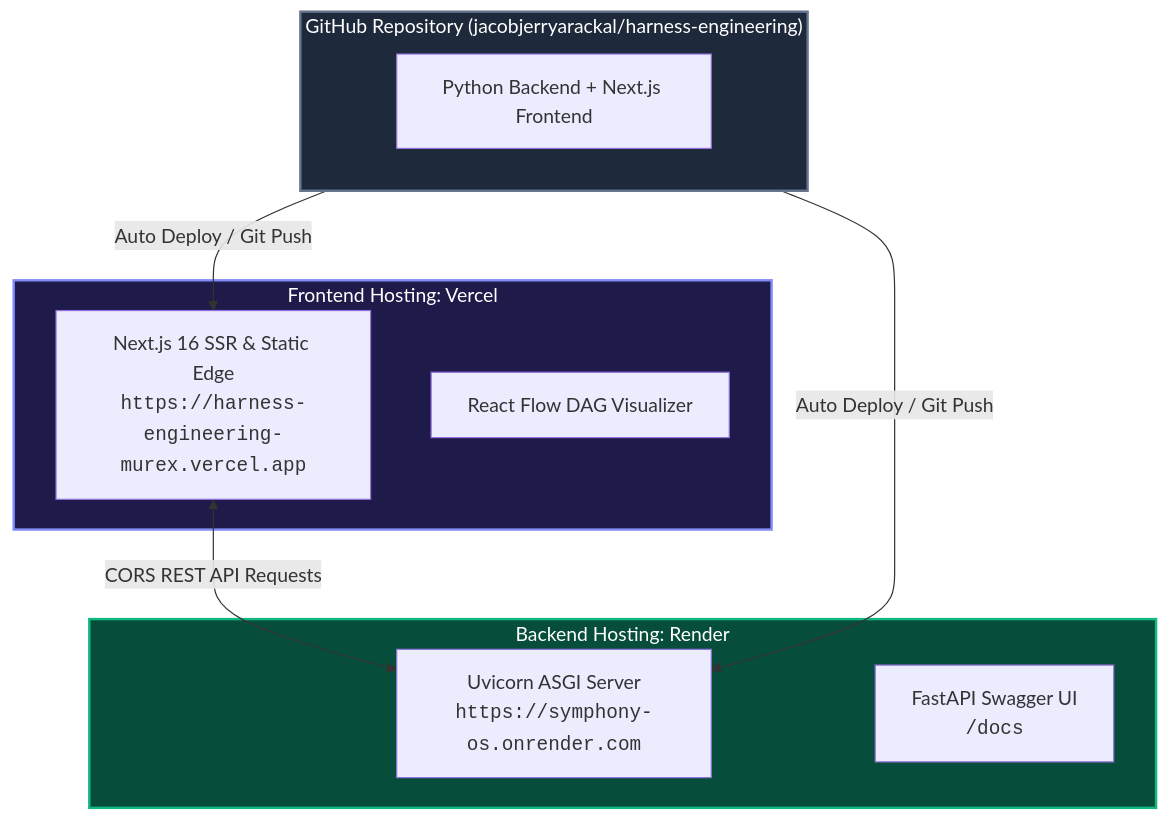
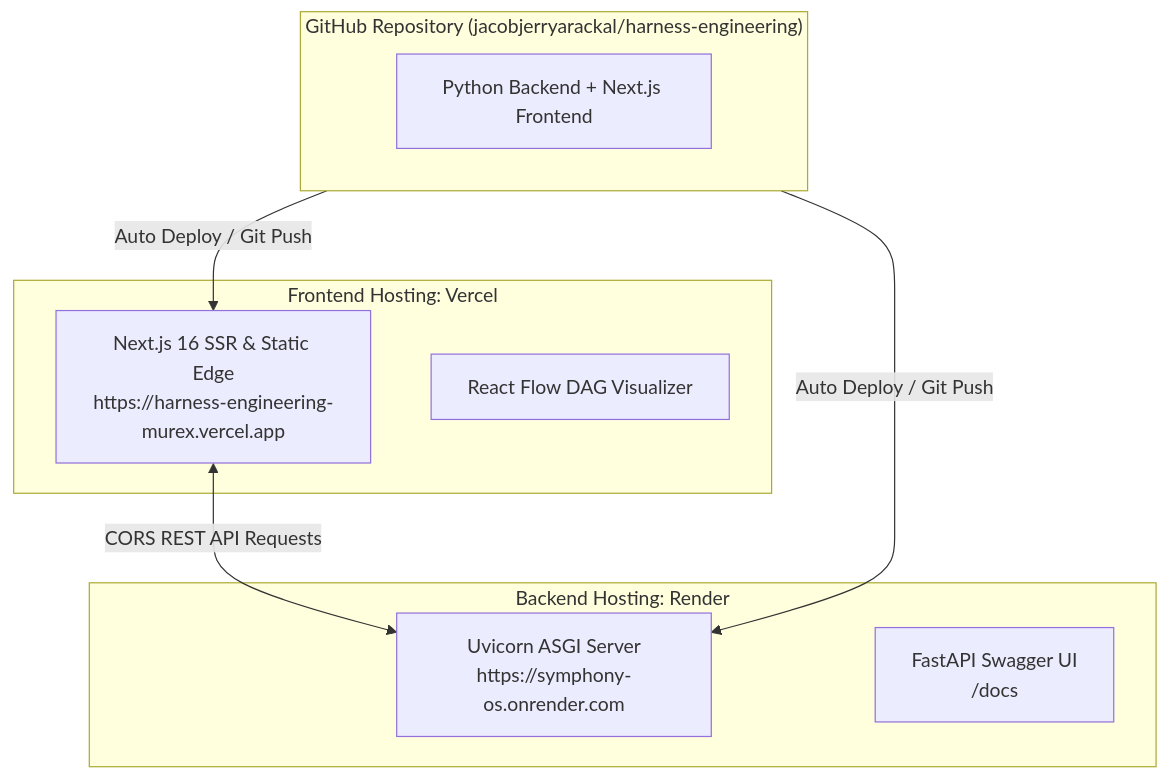
One commit to jacobjerryarackal/harness-engineering changed diagram 13 of 16 in README.md. Above: the diagram before and after it, drawn with Mermaid. The commit also changed other lines of this file, not shown here.

Commit message:
docs: clean up Mermaid diagrams by removing styling and replace HLD diagram with static image link

````diff
--- a/README.md
+++ b/README.md
@@ -785,24 +588,20 @@
 ```mermaid
 flowchart TD
     subgraph Source["GitHub Repository (jacobjerryarackal/harness-engineering)"]
         Code["Python Backend + Next.js Frontend"]
     end
 
     subgraph DeployBackend["Backend Hosting: Render"]
-        Render["Uvicorn ASGI Server<br/><code>https://symphony-os.onrender.com</code>"]
-        Swagger["FastAPI Swagger UI<br/><code>/docs</code>"]
+        Render["Uvicorn ASGI Server<br/>https://symphony-os.onrender.com"]
+        Swagger["FastAPI Swagger UI<br/>/docs"]
     end
 
     subgraph DeployFrontend["Frontend Hosting: Vercel"]
-        Vercel["Next.js 16 SSR & Static Edge<br/><code>https://harness-engineering-murex.vercel.app</code>"]
+        Vercel["Next.js 16 SSR & Static Edge<br/>https://harness-engineering-murex.vercel.app"]
         ReactFlowUI["React Flow DAG Visualizer"]
     end
 
     Source -->|Auto Deploy / Git Push| Render
     Source -->|Auto Deploy / Git Push| Vercel
     Vercel <-->|CORS REST API Requests| Render
-
-    style Source fill:#1e293b,stroke:#64748b,stroke-width:2px,color:#fff
-    style DeployBackend fill:#064e3b,stroke:#10b981,stroke-width:2px,color:#fff
-    style DeployFrontend fill:#1e1b4b,stroke:#818cf8,stroke-width:2px,color:#fff
 ```
````
